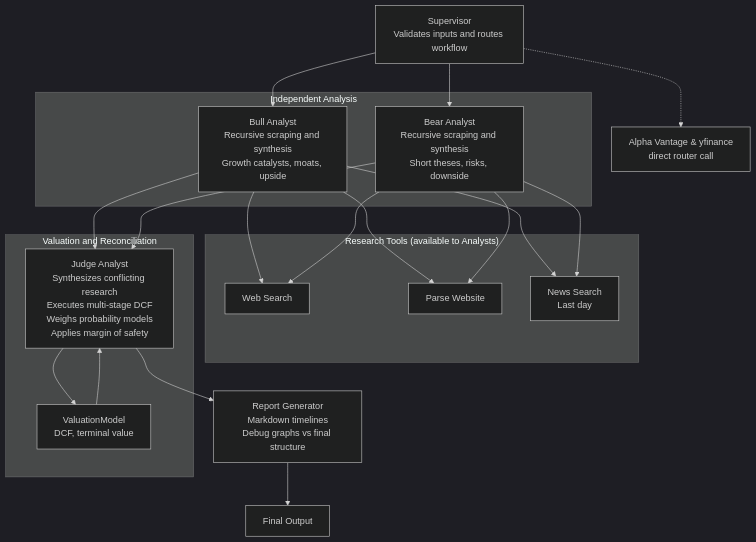
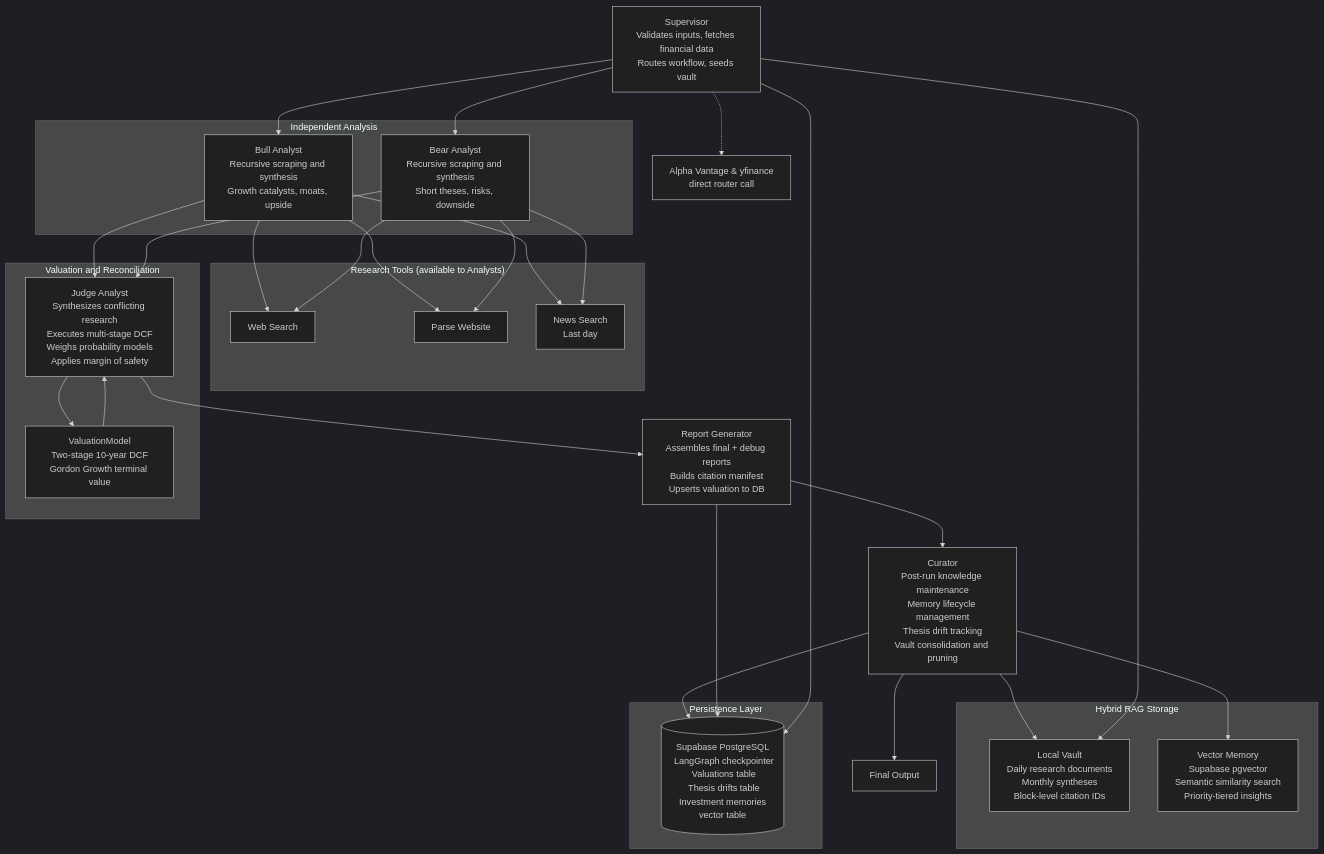
Before and after one commit to Cocopuffff/valuebrief: the first of 2 diagrams in README.md, drawn with Mermaid (dark theme). The commit also changed other lines of this file and 44 other files, not shown here.

First line of the commit message:
feat: add hybrid RAG memory lifecycle and curator agent

````diff
--- a/README.md
+++ b/README.md
@@ -23,42 +24,62 @@
 ```mermaid
 graph TD
-    S[Supervisor<br/>Validates inputs and routes workflow]
+    S[Supervisor<br/>Validates inputs, fetches financial data<br/>Routes workflow, seeds vault]
 
     subgraph "Research Tools (available to Analysts)"
         WS[Web Search]
         PW[Parse Website]
         NS[News Search<br/>Last day]
     end
 
     subgraph "Independent Analysis"
         BA[Bull Analyst<br/>Recursive scraping and synthesis<br/>Growth catalysts, moats, upside]
         BE[Bear Analyst<br/>Recursive scraping and synthesis<br/>Short theses, risks, downside]
     end
 
     BA --> WS
     BA --> PW
     BA --> NS
     BE --> WS
     BE --> PW
     BE --> NS
 
     S --> BA
     S --> BE
 
     BA --> J
     BE --> J
 
     subgraph "Valuation and Reconciliation"
         J[Judge Analyst<br/>Synthesizes conflicting research<br/>Executes multi-stage DCF<br/>Weighs probability models<br/>Applies margin of safety]
-        VM[ValuationModel<br/>DCF, terminal value]
+        VM[ValuationModel<br/>Two-stage 10-year DCF<br/>Gordon Growth terminal value]
     end
 
     J --> VM
     VM --> J
 
-    J --> R[Report Generator<br/>Markdown timelines<br/>Debug graphs vs final structure]
-    R --> Done[Final Output]
+    J --> R[Report Generator<br/>Assembles final + debug reports<br/>Builds citation manifest<br/>Upserts valuation to DB]
 
-    %% Optional: show yfinance as a router tool still in Supervisor
+    R --> C[Curator<br/>Post-run knowledge maintenance<br/>Memory lifecycle management<br/>Thesis drift tracking<br/>Vault consolidation and pruning]
+
+    subgraph "Hybrid RAG Storage"
+        V[Local Vault<br/> Daily research documents<br/> Monthly syntheses<br/> Block-level citation IDs]
+        VMEM[Vector Memory<br/> Supabase pgvector<br/> Semantic similarity search<br/> Priority-tiered insights]
+    end
+
+    C --> V
+    C --> VMEM
+
+    S --> V
+
+    subgraph "Persistence Layer"
+        DB[(Supabase PostgreSQL<br/> LangGraph checkpointer<br/> Valuations table<br/> Thesis drifts table<br/> Investment memories vector table)]
+    end
+
+    C --> DB
+    R --> DB
+    S --> DB
+
     S -.-> AV&YF[Alpha Vantage & yfinance<br/>direct router call]
+
+    C --> Done[Final Output]
 ```
````
